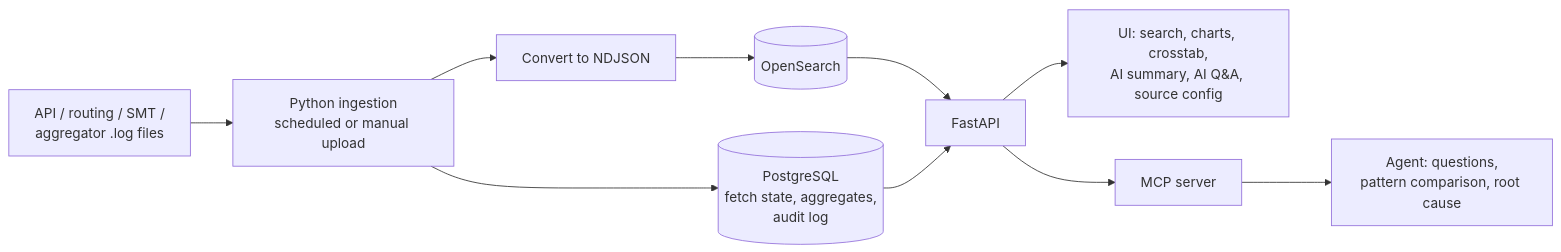
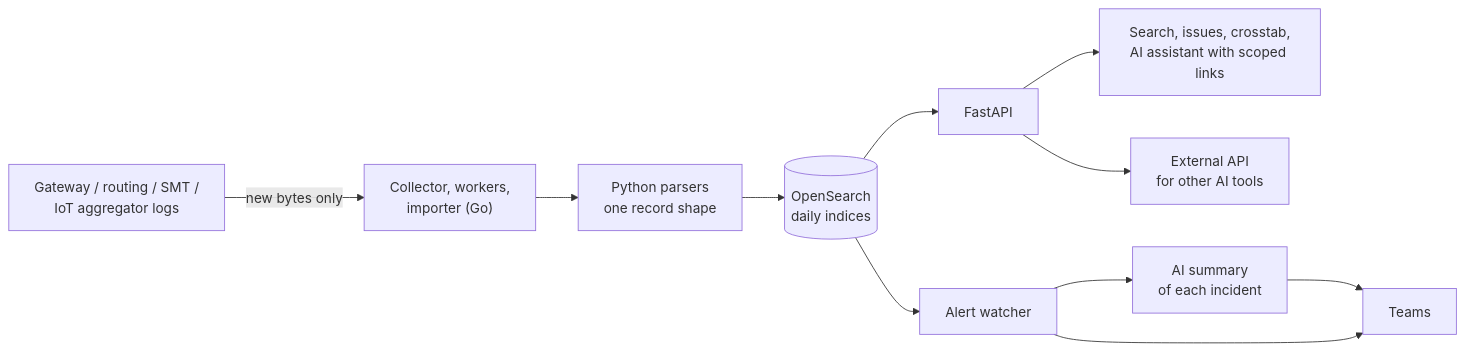
One commit to raven-clown/raven-clown changed the second of 2 diagrams in brain/ai-integration/README.md. Above: the diagram before and after it, drawn with Mermaid. The commit also changed other lines of this file and 2 other files, not shown here.

Commit message:
Update Delta work: AIDeltron alerts, AI Center, AIFinance, requirement tracking

````diff
--- a/brain/ai-integration/README.md
+++ b/brain/ai-integration/README.md
@@ -62,12 +62,13 @@
 ```mermaid
 flowchart LR
-    Src["API / routing / SMT /\naggregator .log files"] --> Ingest["Python ingestion\nscheduled or manual upload"]
-    Ingest --> NDJSON["Convert to NDJSON"]
-    NDJSON --> OS[("OpenSearch")]
-    Ingest --> PG[("PostgreSQL\nfetch state, aggregates,\naudit log")]
+    Src["Gateway / routing / SMT /\nIoT aggregator logs"] -->|"new bytes only"| Col["Collector, workers,\nimporter (Go)"]
+    Col --> Parse["Python parsers\none record shape"]
+    Parse --> OS[("OpenSearch\ndaily indices")]
     OS --> API["FastAPI"]
-    PG --> API
-    API --> UI["UI: search, charts, crosstab,\nAI summary, AI Q&A, source config"]
-    API --> MCP["MCP server"]
-    MCP --> Agent["Agent: questions,\npattern comparison, root cause"]
+    API --> UI["Search, issues, crosstab,\nAI assistant with scoped links"]
+    OS --> Watch["Alert watcher"]
+    Watch --> AI["AI summary\nof each incident"]
+    Watch --> Teams["Teams"]
+    AI --> Teams
+    API --> Ext["External API\nfor other AI tools"]
 ```
````
